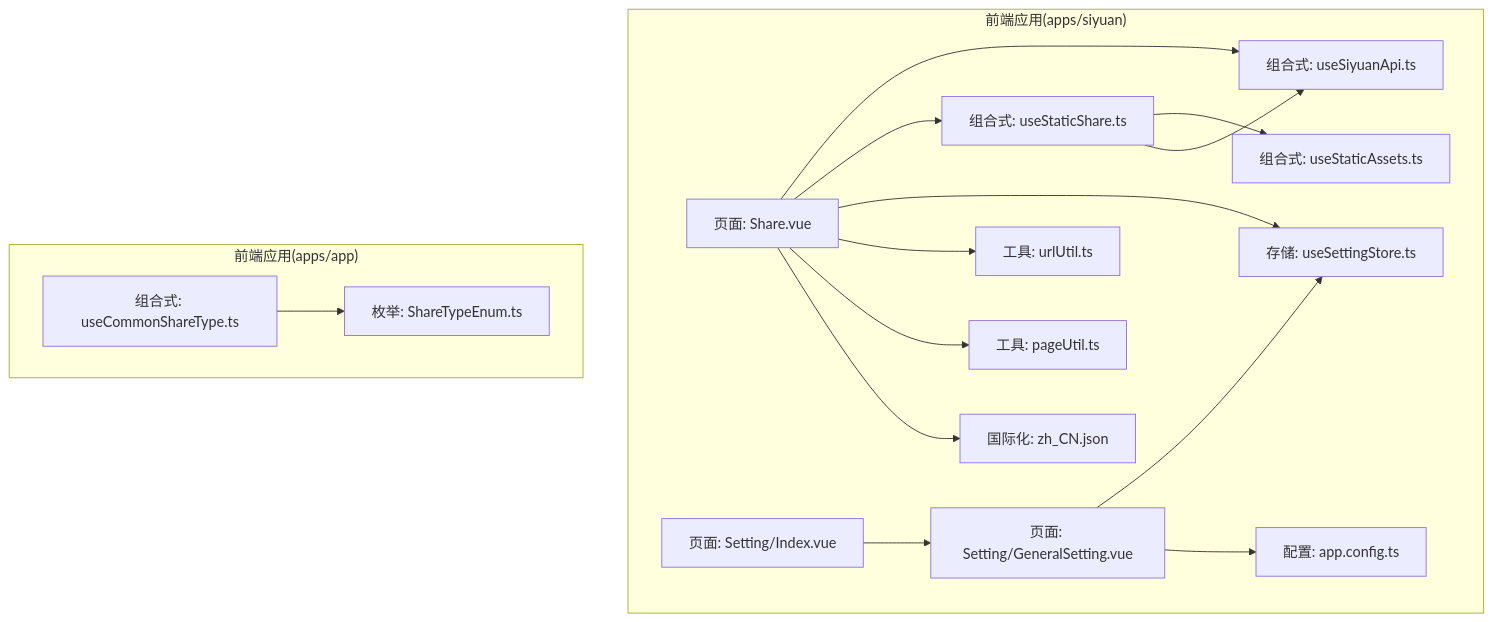
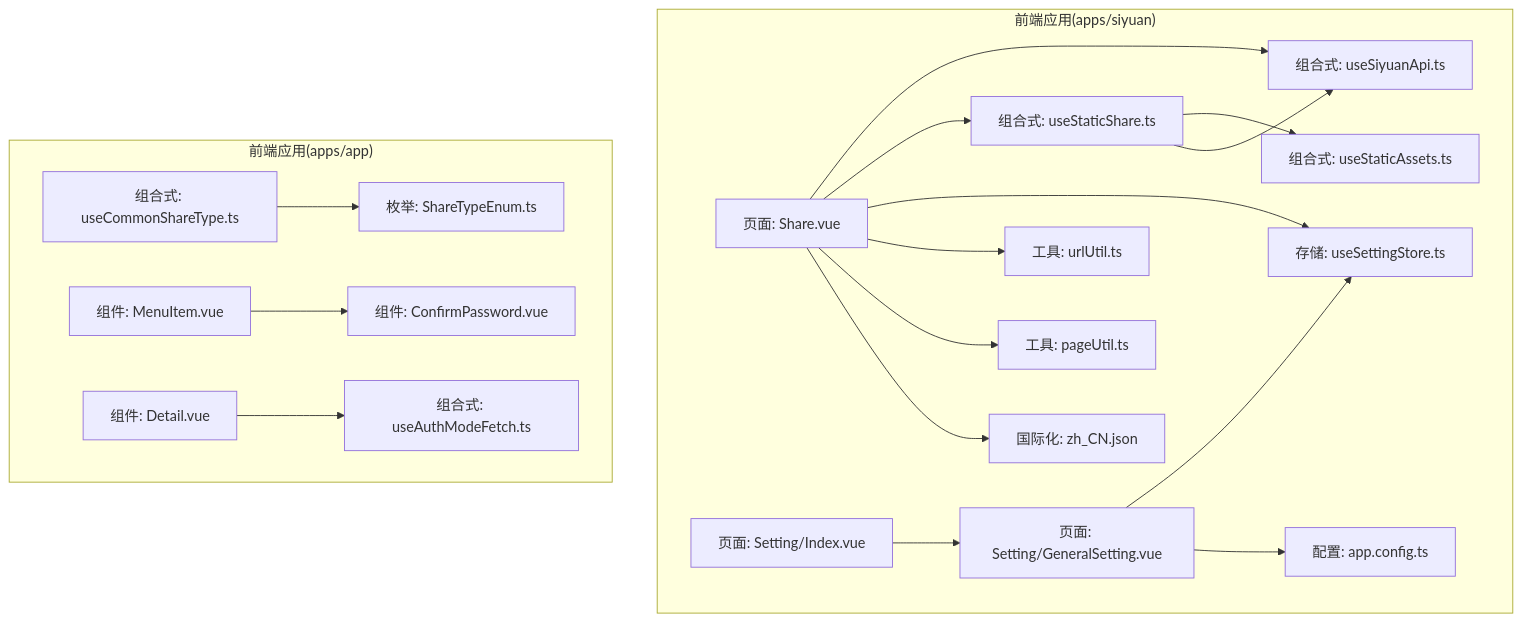
One commit to terwer/siyuan-plugin-blog changed the first of 8 diagrams in .qoder/repowiki/zh/content/核心功能/内容分享系统/内容分享系统.md. Above: the diagram before and after it, drawn with Mermaid. The commit also changed other lines of this file and 8 other files, not shown here.

````diff
--- a/.qoder/repowiki/zh/content/核心功能/内容分享系统/内容分享系统.md
+++ b/.qoder/repowiki/zh/content/核心功能/内容分享系统/内容分享系统.md
@@ -38,32 +51,38 @@
 ```mermaid
 graph TB
 subgraph "前端应用(apps/siyuan)"
 SharePage["页面: Share.vue"]
 SettingsIndex["页面: Setting/Index.vue"]
 GeneralSetting["页面: Setting/GeneralSetting.vue"]
 UseSiyuanApi["组合式: useSiyuanApi.ts"]
 UseStaticShare["组合式: useStaticShare.ts"]
 UseStaticAssets["组合式: useStaticAssets.ts"]
 UrlUtil["工具: urlUtil.ts"]
 SettingStore["存储: useSettingStore.ts"]
 AppCfg["配置: app.config.ts"]
 PageUtil["工具: pageUtil.ts"]
 I18n["国际化: zh_CN.json"]
 end
 subgraph "前端应用(apps/app)"
 ShareTypeEnum["枚举: ShareTypeEnum.ts"]
 UseCommonShareType["组合式: useCommonShareType.ts"]
+MenuItem["组件: MenuItem.vue"]
+ConfirmPassword["组件: ConfirmPassword.vue"]
+Detail["组件: Detail.vue"]
+UseAuthModeFetch["组合式: useAuthModeFetch.ts"]
 end
 SharePage --> UseSiyuanApi
 SharePage --> UseStaticShare
 SharePage --> SettingStore
 SharePage --> UrlUtil
 SharePage --> PageUtil
 SharePage --> I18n
 UseStaticShare --> UseStaticAssets
 UseStaticShare --> UseSiyuanApi
 SettingsIndex --> GeneralSetting
 GeneralSetting --> SettingStore
 GeneralSetting --> AppCfg
 UseCommonShareType --> ShareTypeEnum
+MenuItem --> ConfirmPassword
+Detail --> UseAuthModeFetch
 ```
````
